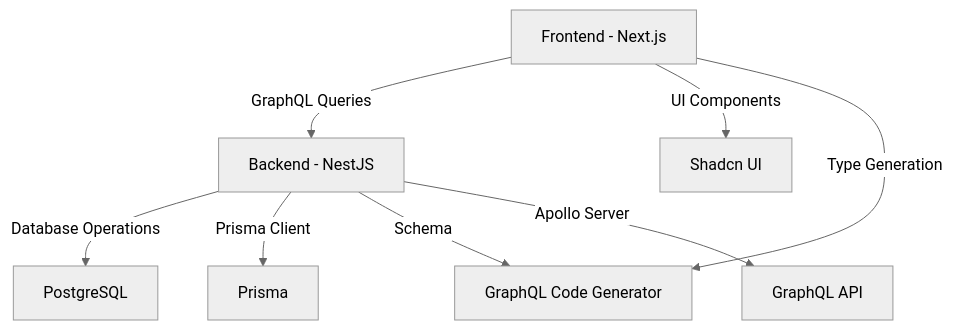
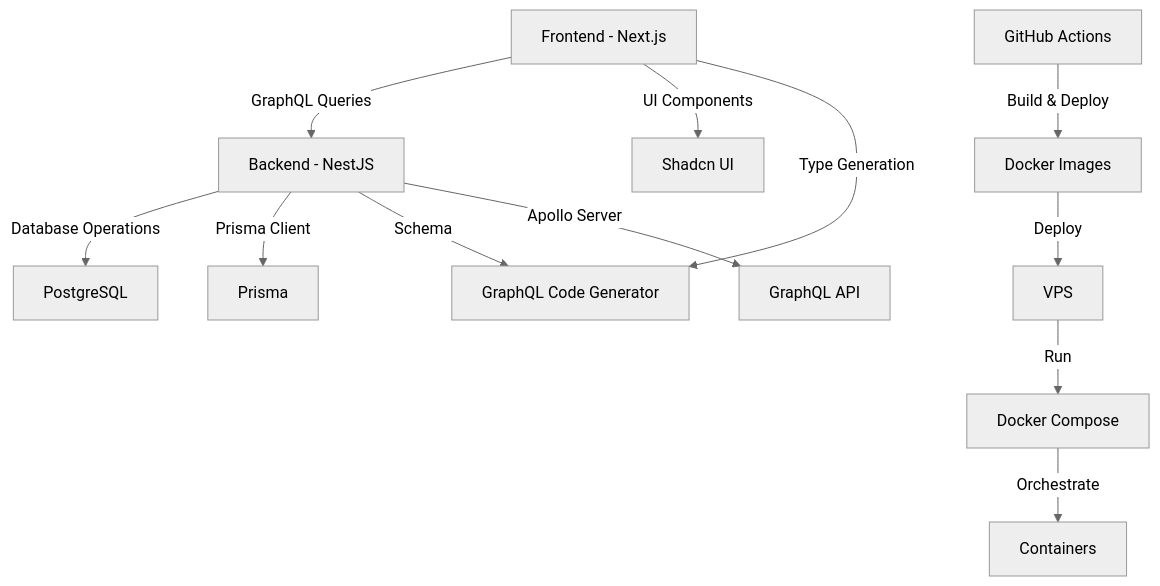
The diagram in memory-bank/systemPatterns.md (UyLeQuoc/SkillSwap), drawn with Mermaid (neutral theme) before and after one commit. The commit also changed other lines of this file and 4 other files, not shown here.

````diff
--- a/memory-bank/systemPatterns.md
+++ b/memory-bank/systemPatterns.md
@@ -70,10 +72,14 @@
 ```mermaid
 graph TD
     A[Frontend - Next.js] -->|GraphQL Queries| B[Backend - NestJS]
     B -->|Database Operations| C[PostgreSQL]
     B -->|Prisma Client| D[Prisma]
     A -->|UI Components| E[Shadcn UI]
     A -->|Type Generation| F[GraphQL Code Generator]
     B -->|Schema| F
     B -->|Apollo Server| G[GraphQL API]
+    H[GitHub Actions] -->|Build & Deploy| I[Docker Images]
+    I -->|Deploy| J[VPS]
+    J -->|Run| K[Docker Compose]
+    K -->|Orchestrate| L[Containers]
 ```
````
